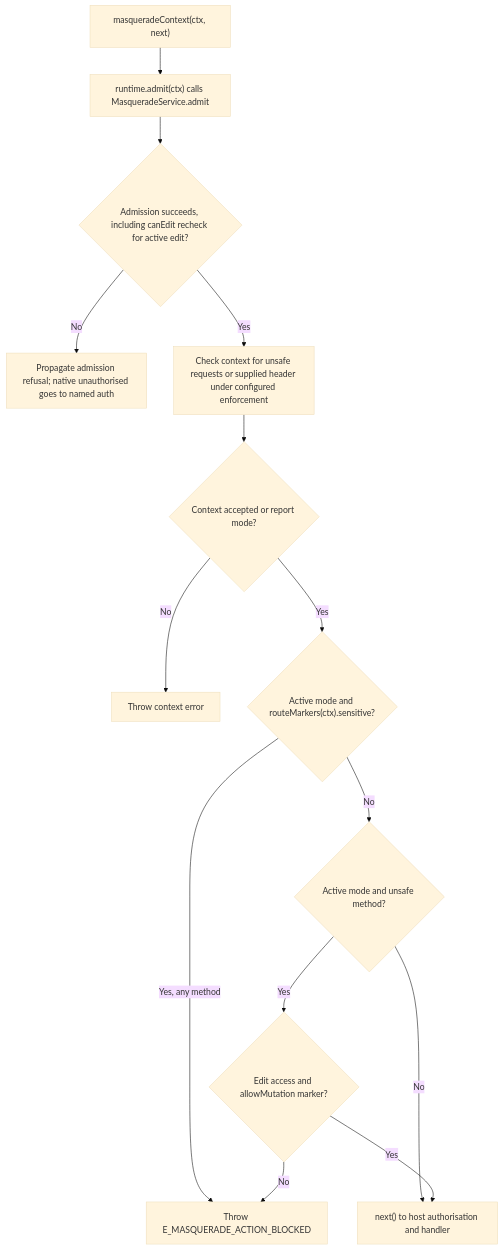
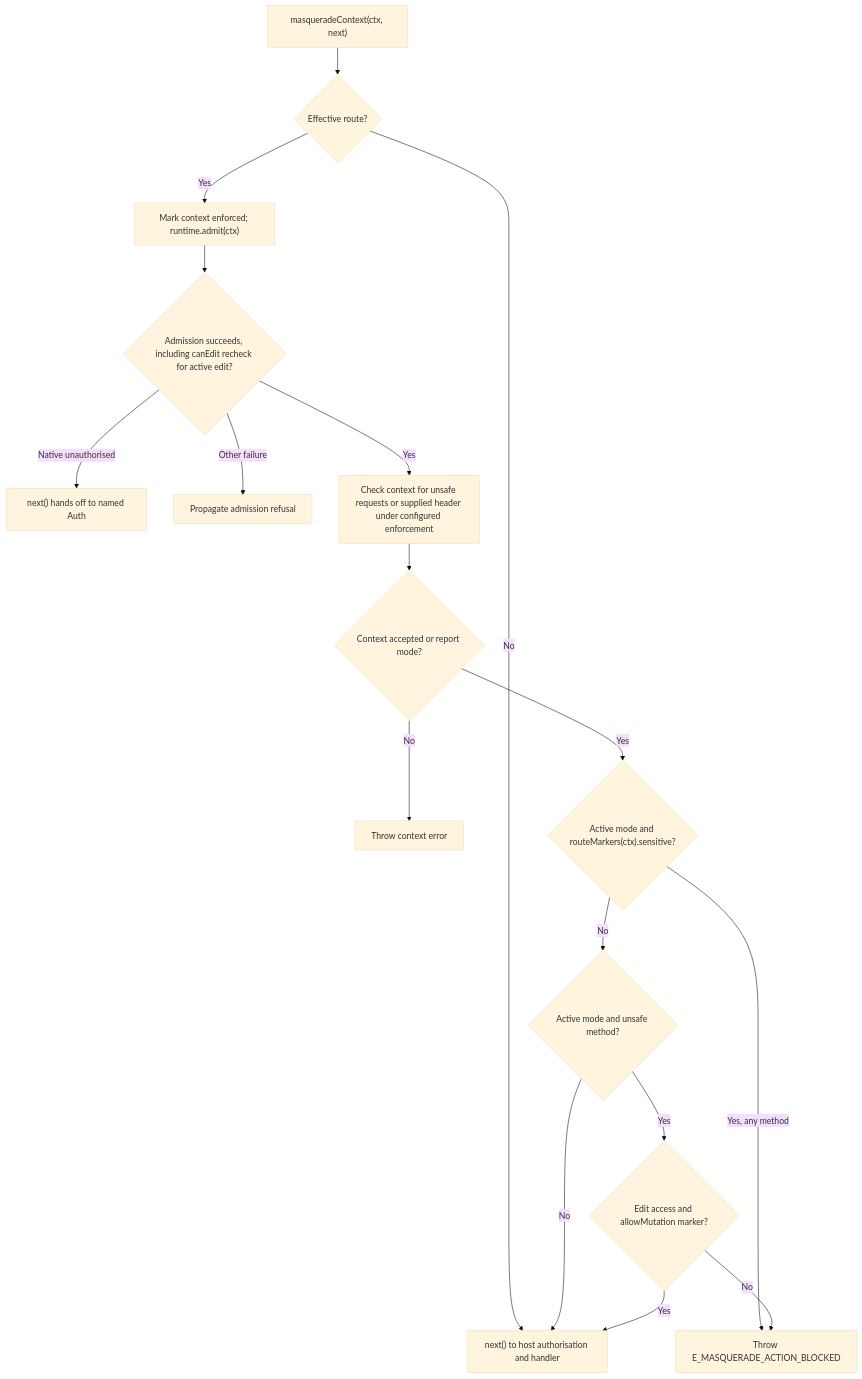
One commit to Kevinjohn/oss-adonisjs-masquerade changed the second of 2 diagrams in user-stories/edit-effective-account/us-actor-03-edit-effective-account.md. Above: the diagram before and after it, drawn with Mermaid (base theme). The commit also changed other lines of this file and 20 other files, not shown here.

````diff
--- a/user-stories/edit-effective-account/us-actor-03-edit-effective-account.md
+++ b/user-stories/edit-effective-account/us-actor-03-edit-effective-account.md
@@ -37,16 +37,19 @@
 ```mermaid
 flowchart TD
-    A["masqueradeContext(ctx, next)"] --> B["runtime.admit(ctx) calls MasqueradeService.admit"]
+    A["masqueradeContext(ctx, next)"] --> A2{"Effective route?"}
+    A2 -->|No| H
+    A2 -->|Yes| B["Mark context enforced; runtime.admit(ctx)"]
     B --> C{"Admission succeeds, including canEdit recheck for active edit?"}
-    C -->|No| Z["Propagate admission refusal; native unauthorised goes to named auth"]
+    C -->|Native unauthorised| K["next() hands off to named Auth"]
+    C -->|Other failure| Z["Propagate admission refusal"]
     C -->|Yes| D["Check context for unsafe requests or supplied header under configured enforcement"]
     D --> X{"Context accepted or report mode?"}
     X -->|No| Y["Throw context error"]
     X -->|Yes| E{"Active mode and routeMarkers(ctx).sensitive?"}
     E -->|Yes, any method| F["Throw E_MASQUERADE_ACTION_BLOCKED"]
     E -->|No| G{"Active mode and unsafe method?"}
     G -->|No| H["next() to host authorisation and handler"]
     G -->|Yes| I{"Edit access and allowMutation marker?"}
     I -->|No| F
     I -->|Yes| H
 ```
````
